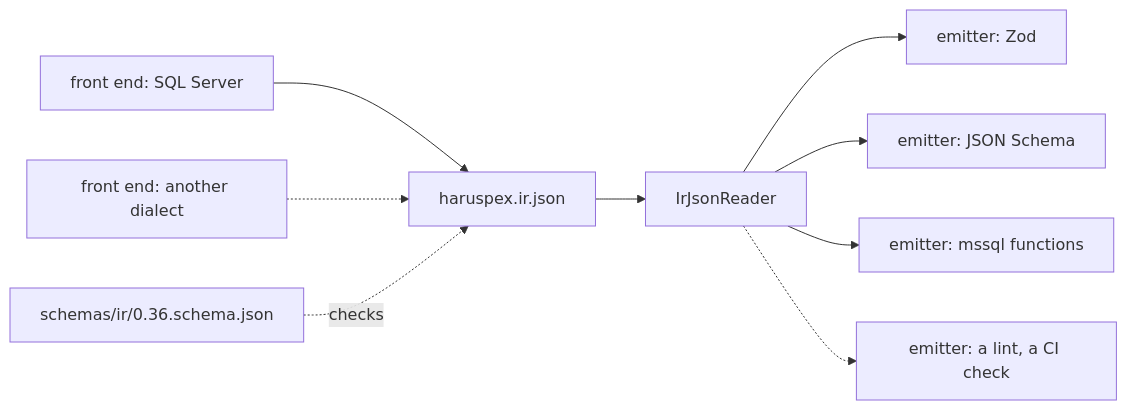
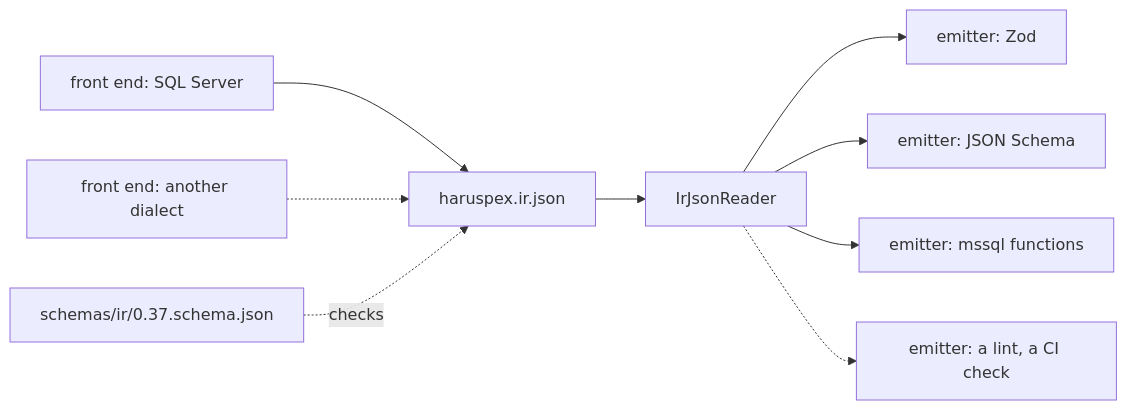
The diagram in docs/internals/10-the-ir-as-a-contract.md (haruspex-tools/haruspex), drawn with Mermaid before and after one commit. The commit also changed other lines of this file and 91 other files, not shown here.

````diff
--- a/docs/internals/10-the-ir-as-a-contract.md
+++ b/docs/internals/10-the-ir-as-a-contract.md
@@ -27,11 +27,11 @@
 ```mermaid
 flowchart LR
     tsql["front end: SQL Server"] --> file["haruspex.ir.json"]
     pg["front end: another dialect"] -.-> file
     file --> reader["IrJsonReader"]
     reader --> zod["emitter: Zod"]
     reader --> jsonSchema["emitter: JSON Schema"]
     reader --> mssql["emitter: mssql functions"]
     reader -.-> other["emitter: a lint, a CI check"]
-    schema["schemas/ir/0.36.schema.json"] -.->|checks| file
+    schema["schemas/ir/0.37.schema.json"] -.->|checks| file
 ```
````
